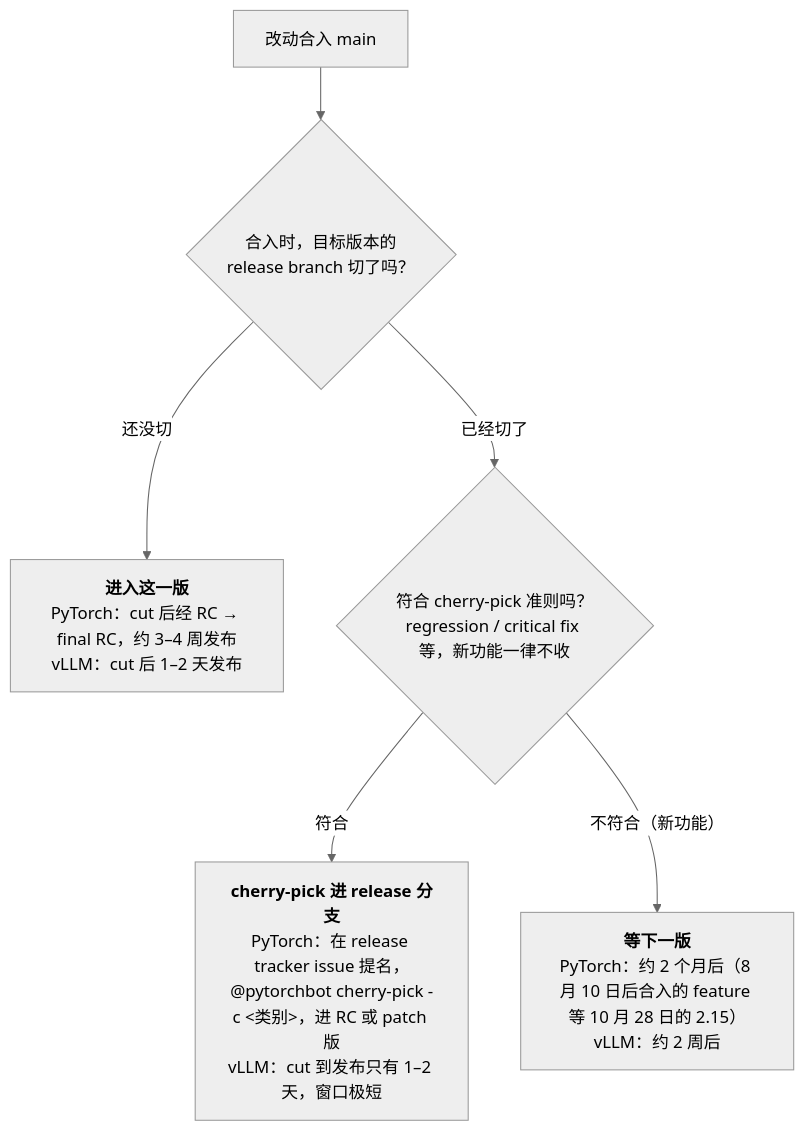
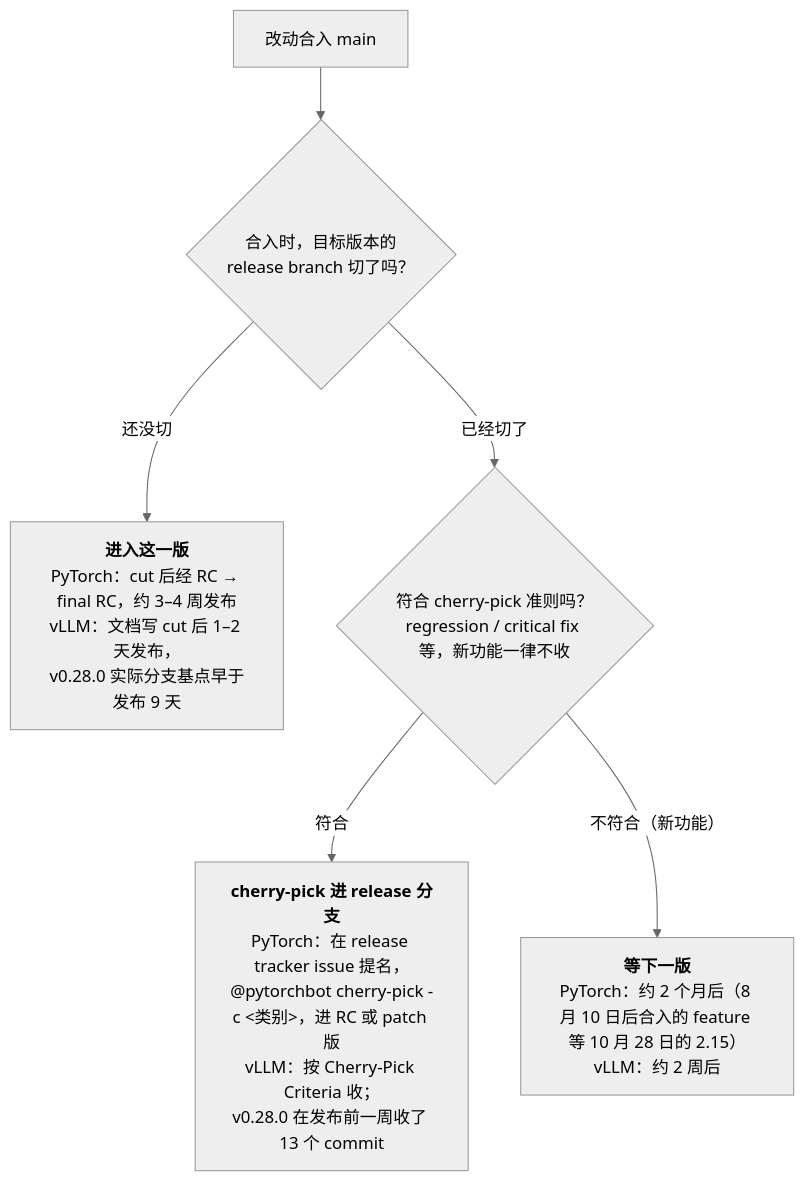
Before and after one commit to arganzheng/arganzheng.github.com: the fifth of 5 diagrams in _posts/2026-09-24-reading-a-million-line-codebase.md, drawn with Mermaid (neutral theme). The commit also changed other lines of this file, not shown here.

First line of the commit message:
开源贡献 01：按检出核对目录统计、rms_norm 调用链与 vLLM 发布节奏

````diff
--- a/_posts/2026-09-24-reading-a-million-line-codebase.md
+++ b/_posts/2026-09-24-reading-a-million-line-codebase.md
@@ -711,9 +710,9 @@
 ```mermaid
 %% 图：合入 main 的改动进入哪个版本：branch cut 与 cherry-pick 的分叉
 flowchart TB
     M["改动合入 main"] --> Q1{"合入时，目标版本的<br/>release branch 切了吗？"}
-    Q1 -->|"还没切"| N["<b>进入这一版</b><br/>PyTorch：cut 后经 RC → final RC，约 3–4 周发布<br/>vLLM：cut 后 1–2 天发布"]
+    Q1 -->|"还没切"| N["<b>进入这一版</b><br/>PyTorch：cut 后经 RC → final RC，约 3–4 周发布<br/>vLLM：文档写 cut 后 1–2 天发布，<br/>v0.28.0 实际分支基点早于发布 9 天"]
     Q1 -->|"已经切了"| Q2{"符合 cherry-pick 准则吗？<br/>regression / critical fix 等，新功能一律不收"}
-    Q2 -->|"符合"| CP["<b>cherry-pick 进 release 分支</b><br/>PyTorch：在 release tracker issue 提名，<br/>@pytorchbot cherry-pick -c &lt;类别&gt;，进 RC 或 patch 版<br/>vLLM：cut 到发布只有 1–2 天，窗口极短"]
+    Q2 -->|"符合"| CP["<b>cherry-pick 进 release 分支</b><br/>PyTorch：在 release tracker issue 提名，<br/>@pytorchbot cherry-pick -c &lt;类别&gt;，进 RC 或 patch 版<br/>vLLM：按 Cherry-Pick Criteria 收；<br/>v0.28.0 在发布前一周收了 13 个 commit"]
     Q2 -->|"不符合（新功能）"| NX["<b>等下一版</b><br/>PyTorch：约 2 个月后（8 月 10 日后合入的 feature 等 10 月 28 日的 2.15）<br/>vLLM：约 2 周后"]
 ```
````
